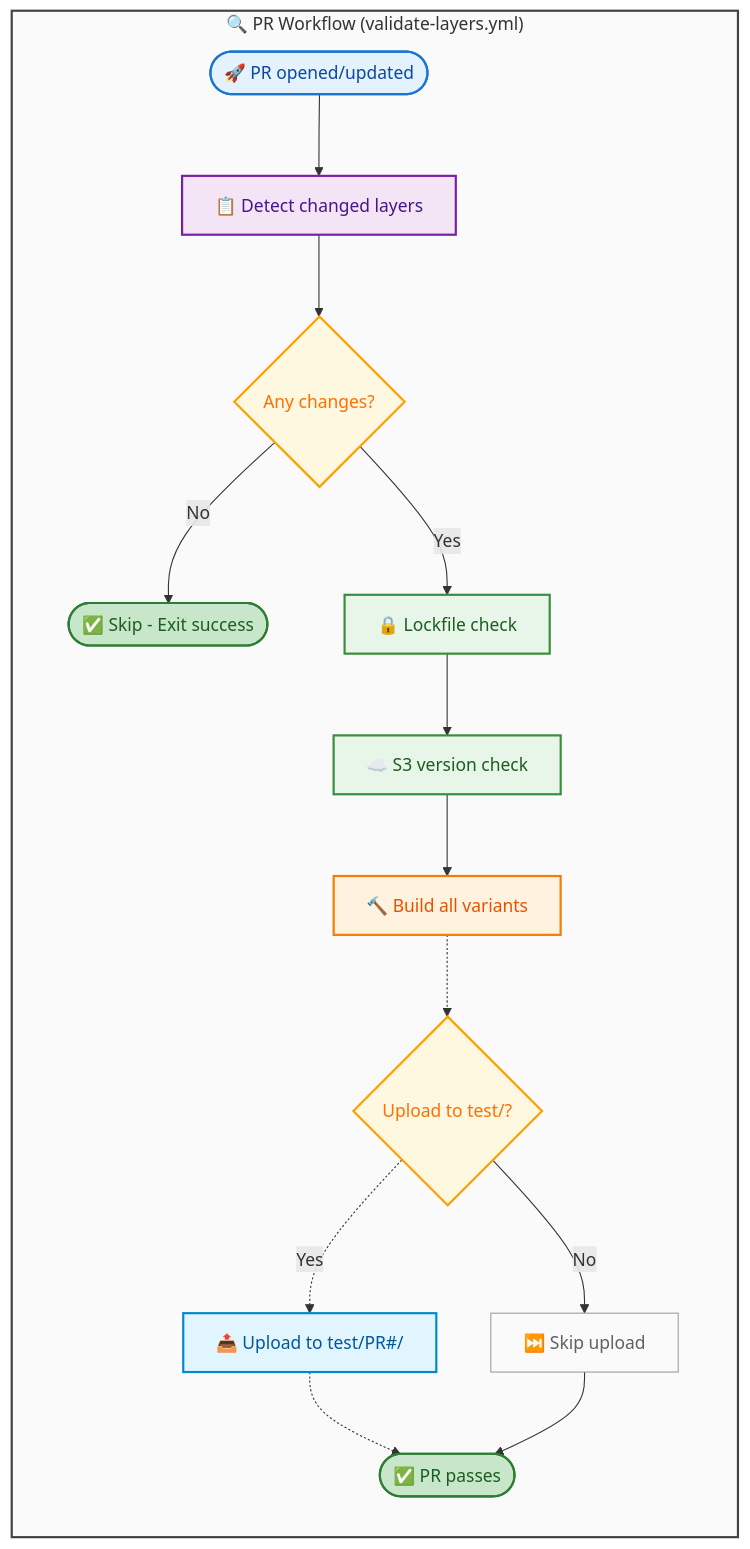
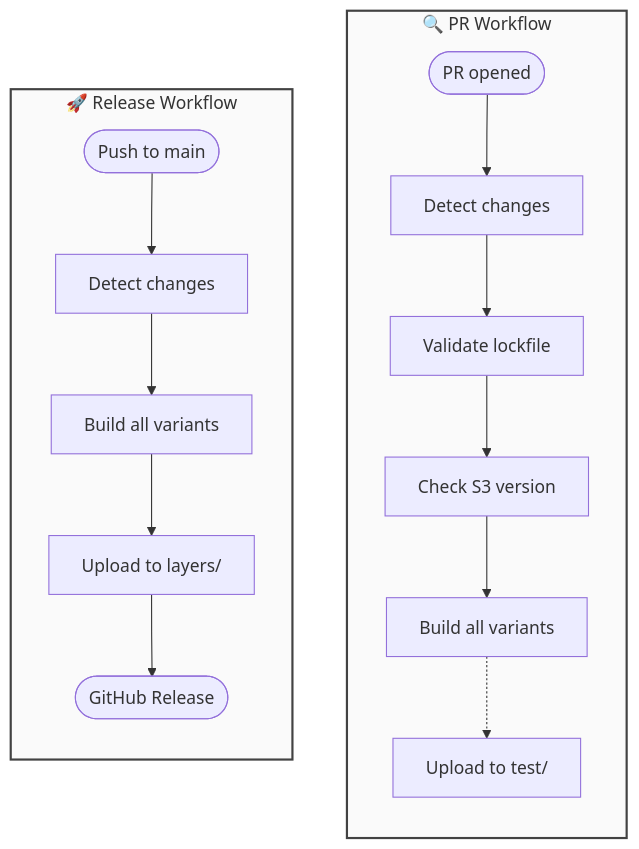
Before and after one commit to luk-kop/aws-lambda-layers: the third of 3 diagrams in README.md, drawn with Mermaid. The commit also changed other lines of this file and 8 other files, not shown here.

````diff
--- a/README.md
+++ b/README.md
@@ -245,28 +195,25 @@
 ```mermaid
 flowchart TB
-    subgraph PR["🔍 PR Workflow (validate-layers.yml)"]
+    subgraph PR["🔍 PR Workflow"]
         direction TB
-        A([🚀 PR opened/updated]):::trigger --> B[📋 Detect changed layers]:::detect
-        B --> C{Any changes?}:::decision
-        C -->|No| D([✅ Skip - Exit success]):::success
-        C -->|Yes| E[🔒 Lockfile check]:::validate
-        E --> F[☁️ S3 version check]:::validate
-        F --> G[🔨 Build all variants]:::build
-        G -.-> H{Upload to test/?}:::decision
-        H -.->|Yes| I[📤 Upload to test/PR#/]:::upload
-        H -->|No| J[⏭️ Skip upload]:::skip
-        I -.-> K([✅ PR passes]):::success
-        J --> K
+        A([PR opened]) --> B[Detect changes]
+        B --> C[Validate lockfile]
+        C --> D[Check S3 version]
+        D --> E[Build all variants]
+        E -.-> F[Upload to test/]
+    end
+
+    subgraph Release["🚀 Release Workflow"]
+        direction TB
+        G([Push to main]) --> H[Detect changes]
+        H --> I[Build all variants]
+        I --> J[Upload to layers/]
+        J --> K([GitHub Release])
     end
 
     classDef trigger fill:#e3f2fd,stroke:#1976d2,stroke-width:2px,color:#0d47a1
-    classDef detect fill:#f3e5f5,stroke:#7b1fa2,stroke-width:2px,color:#4a148c
-    classDef decision fill:#fff8e1,stroke:#ffa000,stroke-width:2px,color:#ff6f00
-    classDef validate fill:#e8f5e9,stroke:#388e3c,stroke-width:2px,color:#1b5e20
-    classDef build fill:#fff3e0,stroke:#f57c00,stroke-width:2px,color:#e65100
-    classDef upload fill:#e1f5fe,stroke:#0288d1,stroke-width:2px,color:#01579b
-    classDef skip fill:#fafafa,stroke:#9e9e9e,stroke-width:1px,color:#616161
     classDef success fill:#c8e6c9,stroke:#2e7d32,stroke-width:2px,color:#1b5e20
 
     style PR fill:#fafafa,stroke:#424242,stroke-width:2px
+    style Release fill:#fafafa,stroke:#424242,stroke-width:2px
 ```
````
